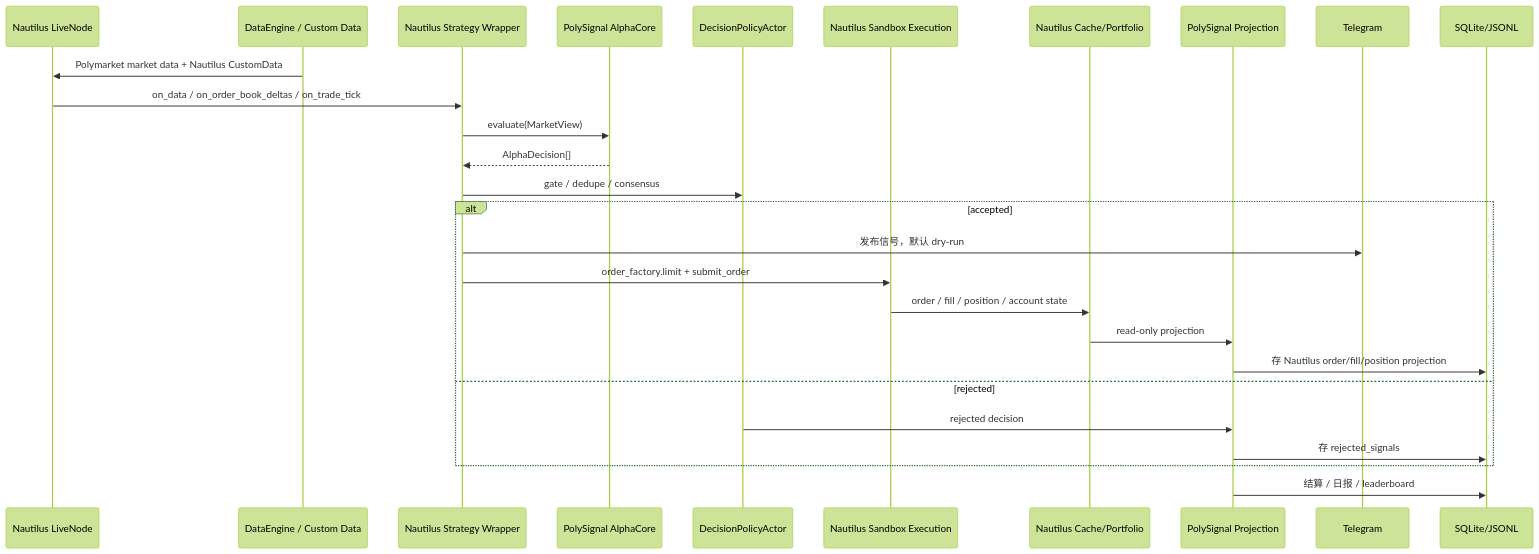
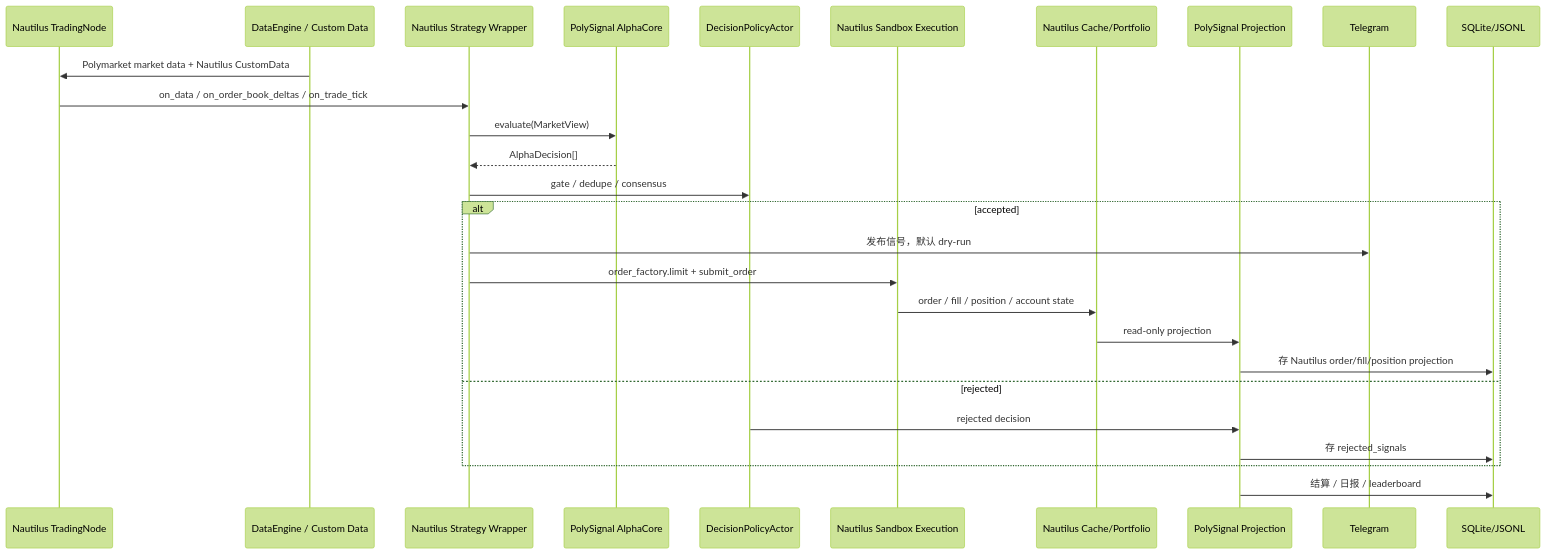
One commit to 6Kmfi6HP/polysignal-lab changed the second of 7 diagrams in docs/PROJECT_ARCHITECTURE_VISUAL.md. Above: the diagram before and after it, drawn with Mermaid (forest theme). The commit also changed other lines of this file and 298 other files, not shown here.

````diff
--- a/docs/PROJECT_ARCHITECTURE_VISUAL.md
+++ b/docs/PROJECT_ARCHITECTURE_VISUAL.md
@@ -40,32 +40,32 @@
 ```mermaid
 sequenceDiagram
-  participant N as Nautilus LiveNode
+  participant N as Nautilus TradingNode
   participant D as DataEngine / Custom Data
   participant Strat as Nautilus Strategy Wrapper
   participant Core as PolySignal AlphaCore
   participant Policy as DecisionPolicyActor
   participant Ex as Nautilus Sandbox Execution
   participant Cache as Nautilus Cache/Portfolio
   participant Proj as PolySignal Projection
   participant Tg as Telegram
   participant DB as SQLite/JSONL
 
   D->>N: Polymarket market data + Nautilus CustomData
   N->>Strat: on_data / on_order_book_deltas / on_trade_tick
   Strat->>Core: evaluate(MarketView)
   Core-->>Strat: AlphaDecision[]
   Strat->>Policy: gate / dedupe / consensus
 
   alt accepted
     Strat->>Tg: 发布信号，默认 dry-run
     Strat->>Ex: order_factory.limit + submit_order
     Ex->>Cache: order / fill / position / account state
     Cache->>Proj: read-only projection
     Proj->>DB: 存 Nautilus order/fill/position projection
   else rejected
     Policy->>Proj: rejected decision
     Proj->>DB: 存 rejected_signals
   end
 
   Proj->>DB: 结算 / 日报 / leaderboard
 ```
````
